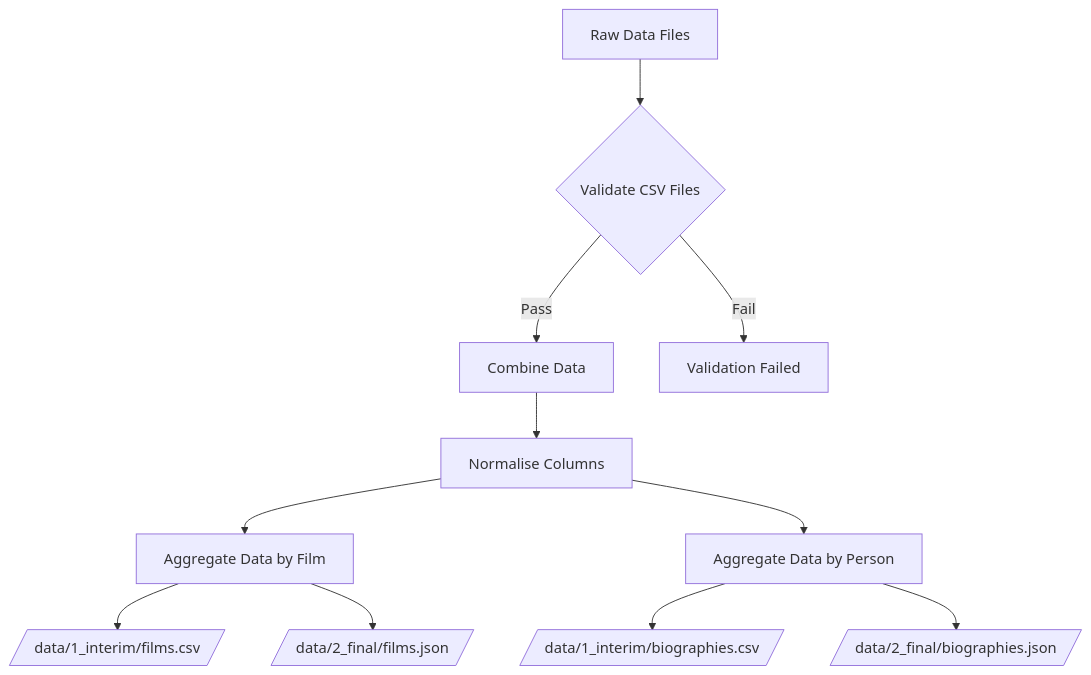
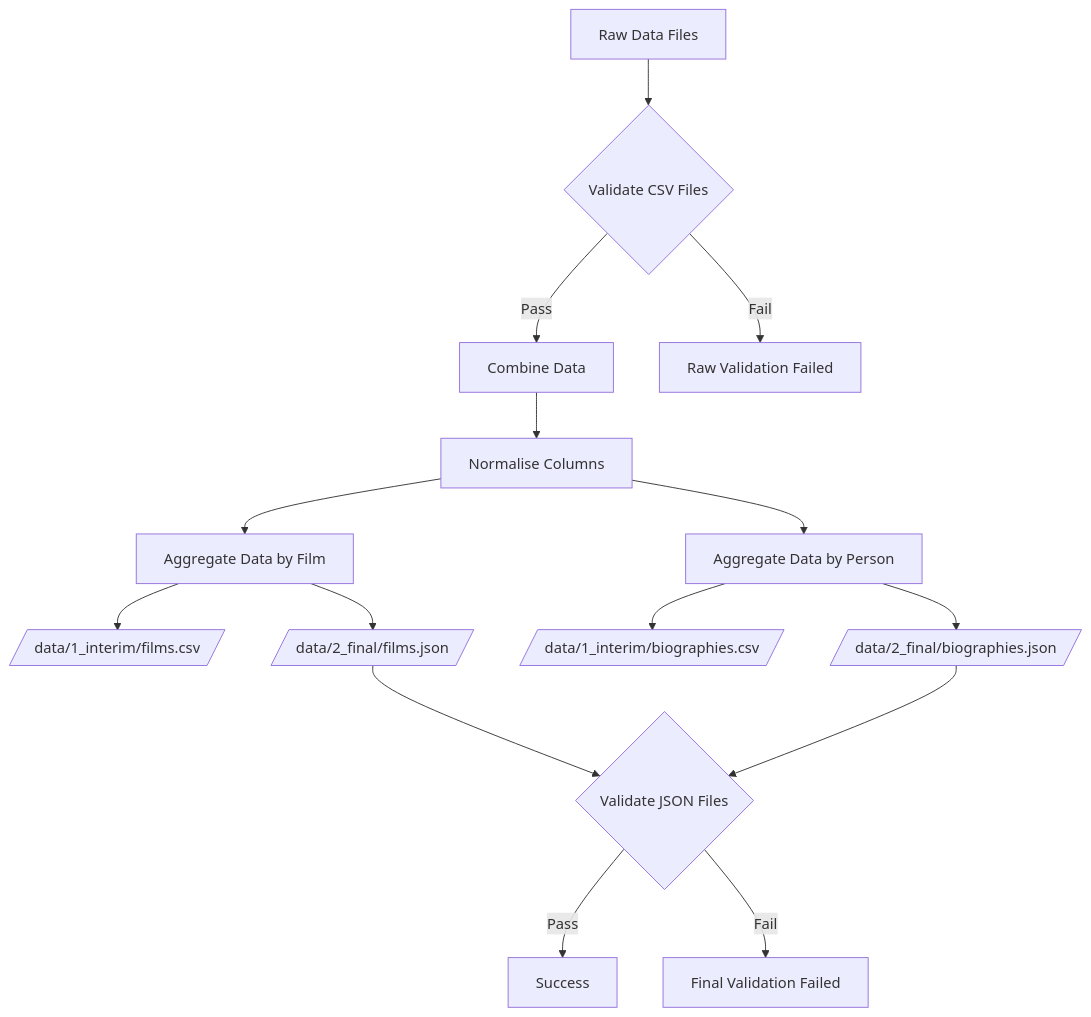
One commit to kingsdigitallab/age-c changed the second of 2 diagrams in etl/README.md. Above: the diagram before and after it, drawn with Mermaid. The commit also changed other lines of this file, not shown here.

Commit message:
docs(readme): Add information about final data validation script

````diff
--- a/etl/README.md
+++ b/etl/README.md
@@ -168,29 +192,37 @@
 ```mermaid
 flowchart TD
     A[Raw Data Files]
-    V{Validate CSV Files}
+    V1{Validate CSV Files}
 
     B[Combine Data]
     C[Normalise Columns]
 
     D1[Aggregate Data by Film]
     D2[Aggregate Data by Person]
 
     E1[/data/1_interim/films.csv/]
     E2[/data/2_final/films.json/]
     E3[/data/1_interim/biographies.csv/]
     E4[/data/2_final/biographies.json/]
 
-    F[Validation Failed]
+    V2{Validate JSON Files}
 
-    A --> V
-    V -->|Pass| B
-    V -->|Fail| F
+    F1[Raw Validation Failed]
+    F2[Final Validation Failed]
+    G[Success]
+
+    A --> V1
+    V1 -->|Pass| B
+    V1 -->|Fail| F1
     B --> C
     C --> D1
     C --> D2
     D1 --> E1
     D1 --> E2
     D2 --> E3
     D2 --> E4
+    E2 --> V2
+    E4 --> V2
+    V2 -->|Pass| G
+    V2 -->|Fail| F2
 ```
````
